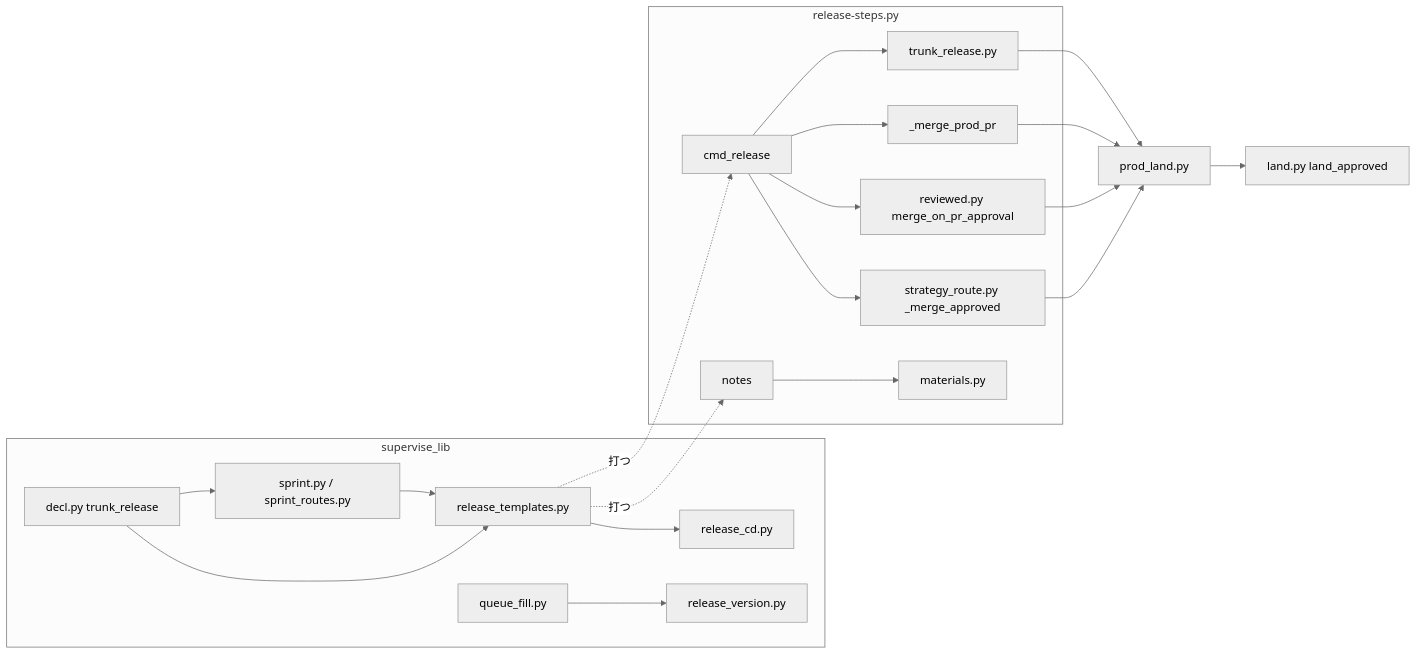
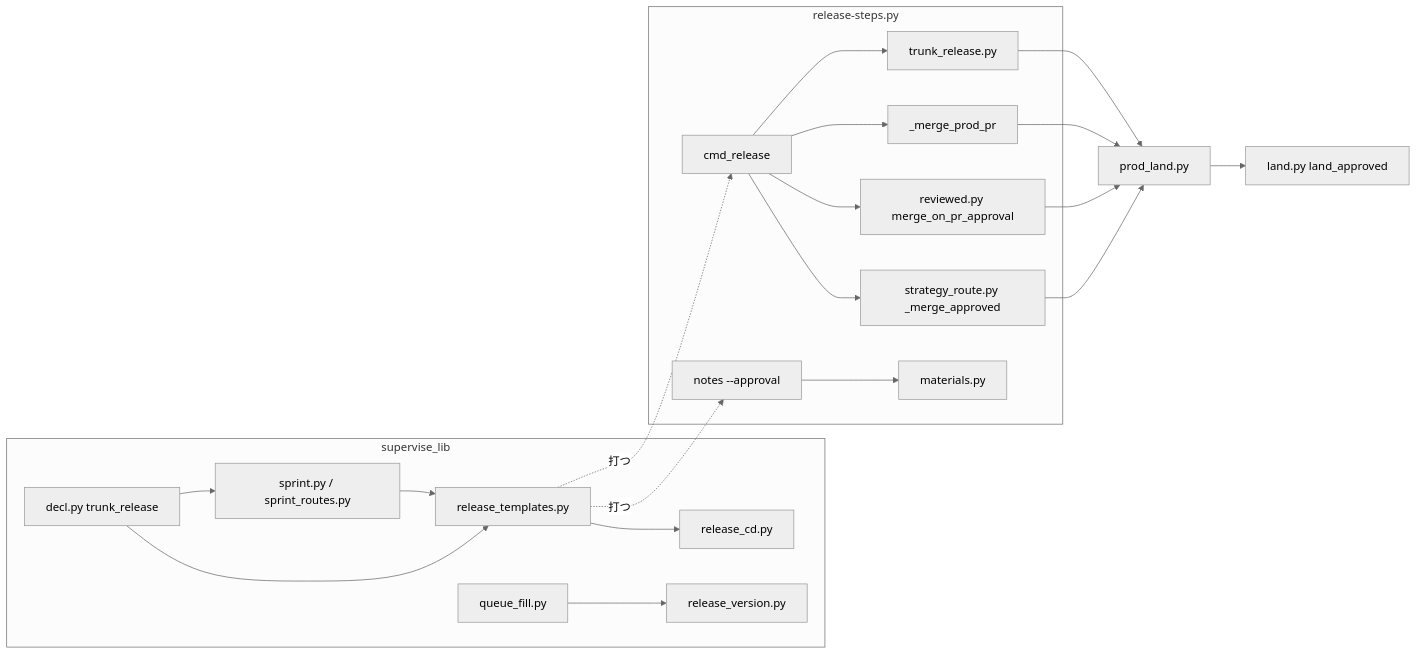
Before and after one commit to devbasex/ai-plugins: the first of 5 diagrams in issues/issue-3703-design.md, drawn with Mermaid (neutral theme). The commit also changed other lines of this file and 1 other file, not shown here.

````diff
--- a/issues/issue-3703-design.md
+++ b/issues/issue-3703-design.md
@@ -152,24 +179,24 @@
 ```mermaid
 graph LR
   subgraph supervise_lib
     S[sprint.py / sprint_routes.py] --> RT[release_templates.py]
     RT --> RC[release_cd.py]
     Q[queue_fill.py] --> RV[release_version.py]
     D[decl.py trunk_release] --> S
     D --> RT
   end
   subgraph release-steps.py
     CR[cmd_release] --> TR[trunk_release.py]
     CR --> MP[_merge_prod_pr]
     CR --> RW[reviewed.py merge_on_pr_approval]
     CR --> SR[strategy_route.py _merge_approved]
-    N[notes] --> M[materials.py]
+    N[notes --approval] --> M[materials.py]
   end
   TR --> PL[prod_land.py]
   MP --> PL
   RW --> PL
   SR --> PL
   PL --> L[land.py land_approved]
   RT -. 打つ .-> CR
   RT -. 打つ .-> N
 ```
````
